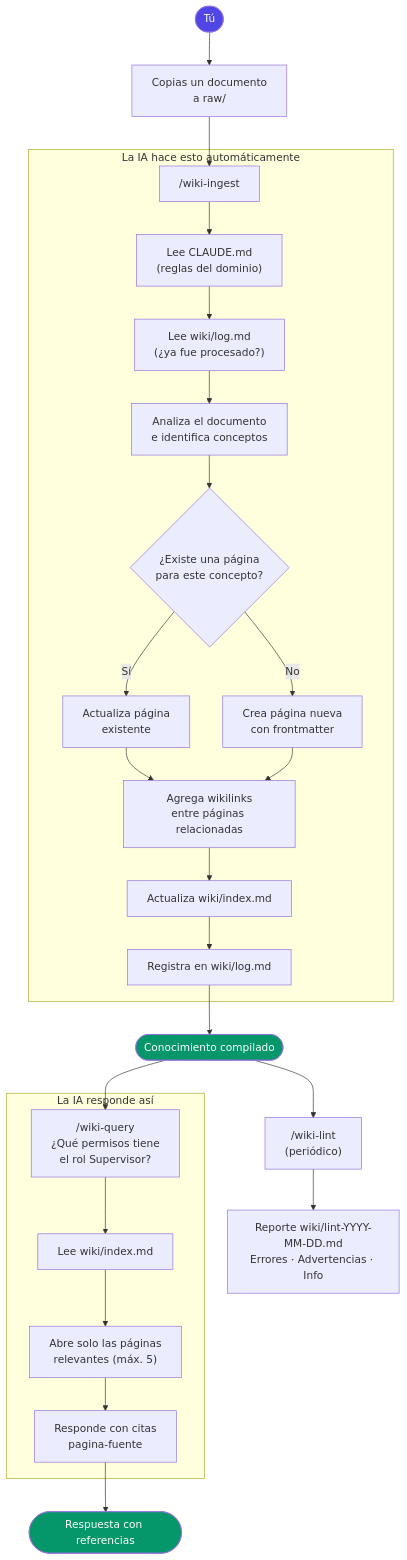
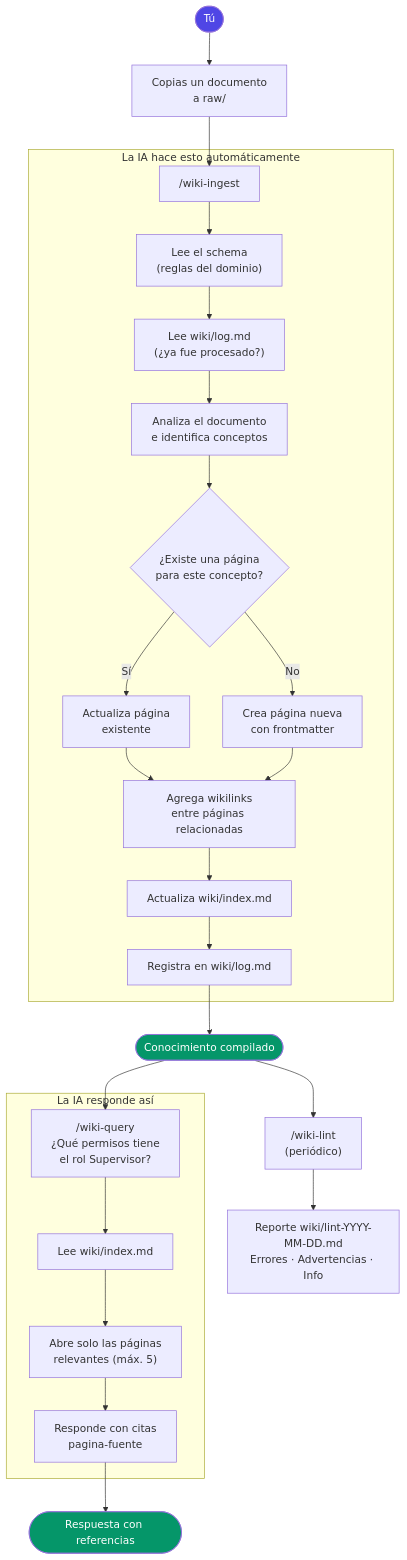
The second of 2 diagrams in README.md (DavDaz/llm-wiki-generator), drawn with Mermaid before and after one commit. The commit also changed other lines of this file and 5 other files, not shown here.

````diff
--- a/README.md
+++ b/README.md
@@ -42,37 +42,37 @@
 ```mermaid
 flowchart TD
     A([Tú]) --> B["Copias un documento<br/>a raw/"]
 
     B --> C["/wiki-ingest"]
 
     subgraph IA ["La IA hace esto automáticamente"]
-        C --> D["Lee CLAUDE.md<br/>(reglas del dominio)"]
+        C --> D["Lee el schema<br/>(reglas del dominio)"]
         D --> E["Lee wiki/log.md<br/>(¿ya fue procesado?)"]
         E --> F["Analiza el documento<br/>e identifica conceptos"]
         F --> G{"¿Existe una página<br/>para este concepto?"}
         G -- "Sí" --> H["Actualiza página<br/>existente"]
         G -- "No" --> I["Crea página nueva<br/>con frontmatter"]
         H & I --> J["Agrega wikilinks<br/>entre páginas relacionadas"]
         J --> K["Actualiza wiki/index.md"]
         K --> L["Registra en wiki/log.md"]
     end
 
     L --> M([Conocimiento compilado])
 
     M --> N["/wiki-query<br/>¿Qué permisos tiene<br/>el rol Supervisor?"]
 
     subgraph QUERY ["La IA responde así"]
         N --> O["Lee wiki/index.md"]
         O --> P["Abre solo las páginas<br/>relevantes (máx. 5)"]
         P --> Q["Responde con citas<br/>pagina-fuente"]
     end
 
     Q --> R([Respuesta con referencias])
 
     M --> S["/wiki-lint<br/>(periódico)"]
     S --> T["Reporte wiki/lint-YYYY-MM-DD.md<br/>Errores · Advertencias · Info"]
 
     style A fill:#4f46e5,color:#fff
     style M fill:#059669,color:#fff
     style R fill:#059669,color:#fff
 ```
````
